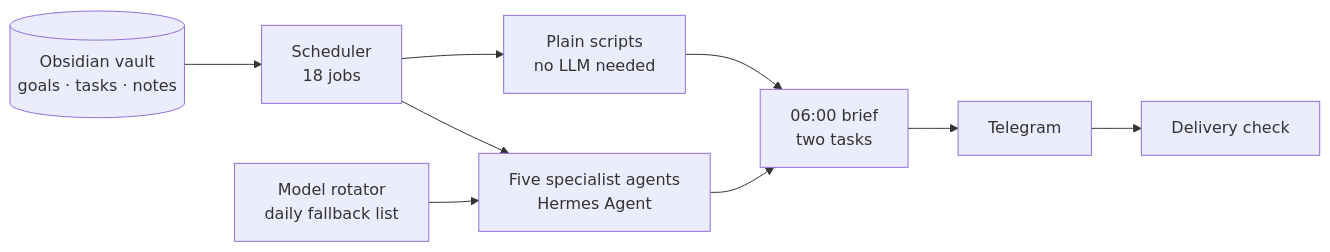
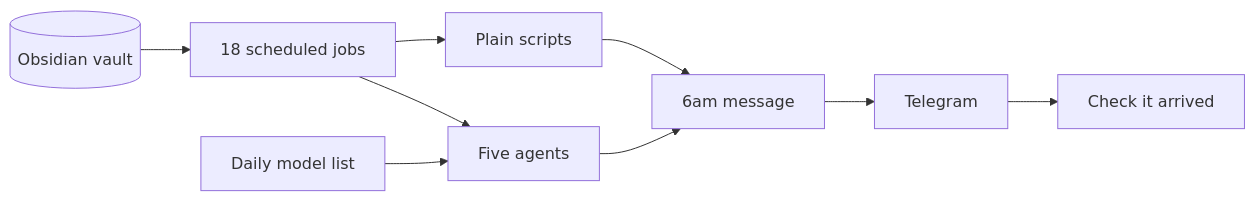
The diagram in README.md (erinnod/life-os-agent), drawn with Mermaid before and after one commit. The commit also changed other lines of this file, not shown here.

````diff
--- a/README.md
+++ b/README.md
@@ -24,11 +15,11 @@
 ```mermaid
 flowchart LR
-    V[(Obsidian vault<br/>goals · tasks · notes)] --> S[Scheduler<br/>18 jobs]
-    S --> P[Plain scripts<br/>no LLM needed]
-    S --> A[Five specialist agents<br/>Hermes Agent]
-    M[Model rotator<br/>daily fallback list] --> A
-    P --> B[06:00 brief<br/>two tasks]
+    V[(Obsidian vault)] --> S[18 scheduled jobs]
+    S --> P[Plain scripts]
+    S --> A[Five agents]
+    M[Daily model list] --> A
+    P --> B[6am message]
     A --> B
     B --> T[Telegram]
-    T --> D[Delivery check]
+    T --> D[Check it arrived]
 ```
````
